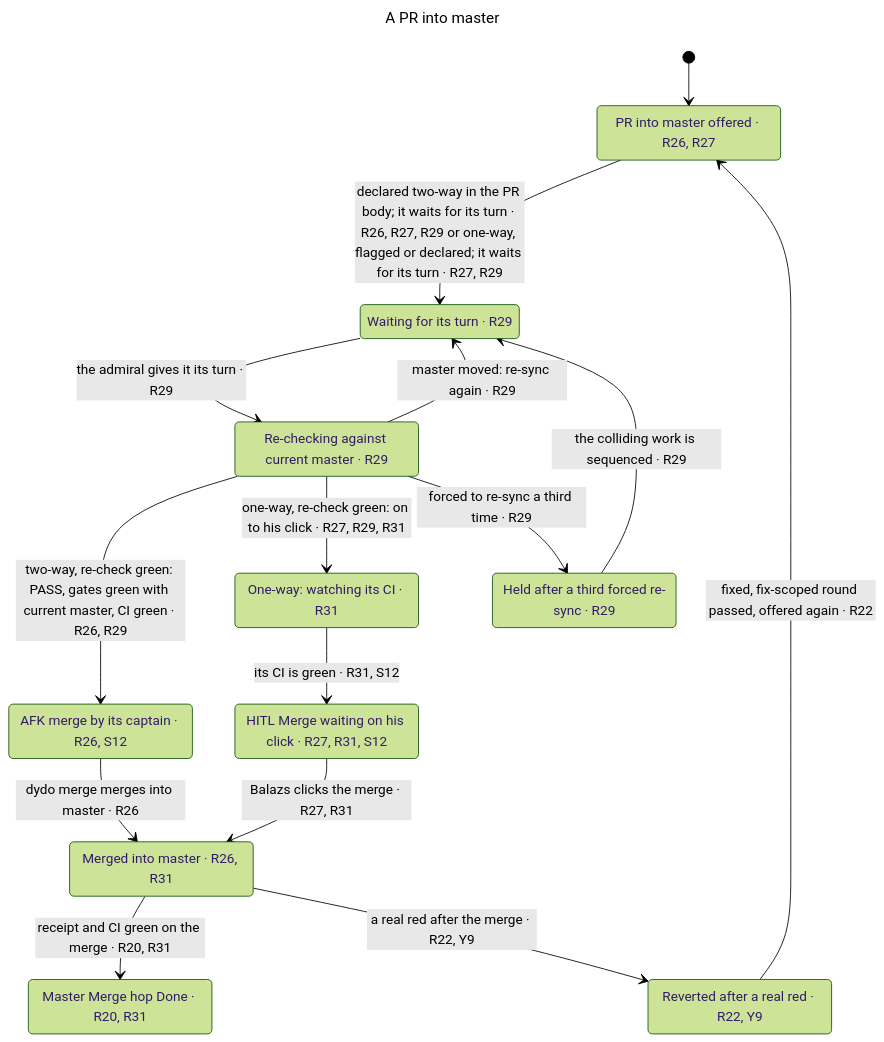
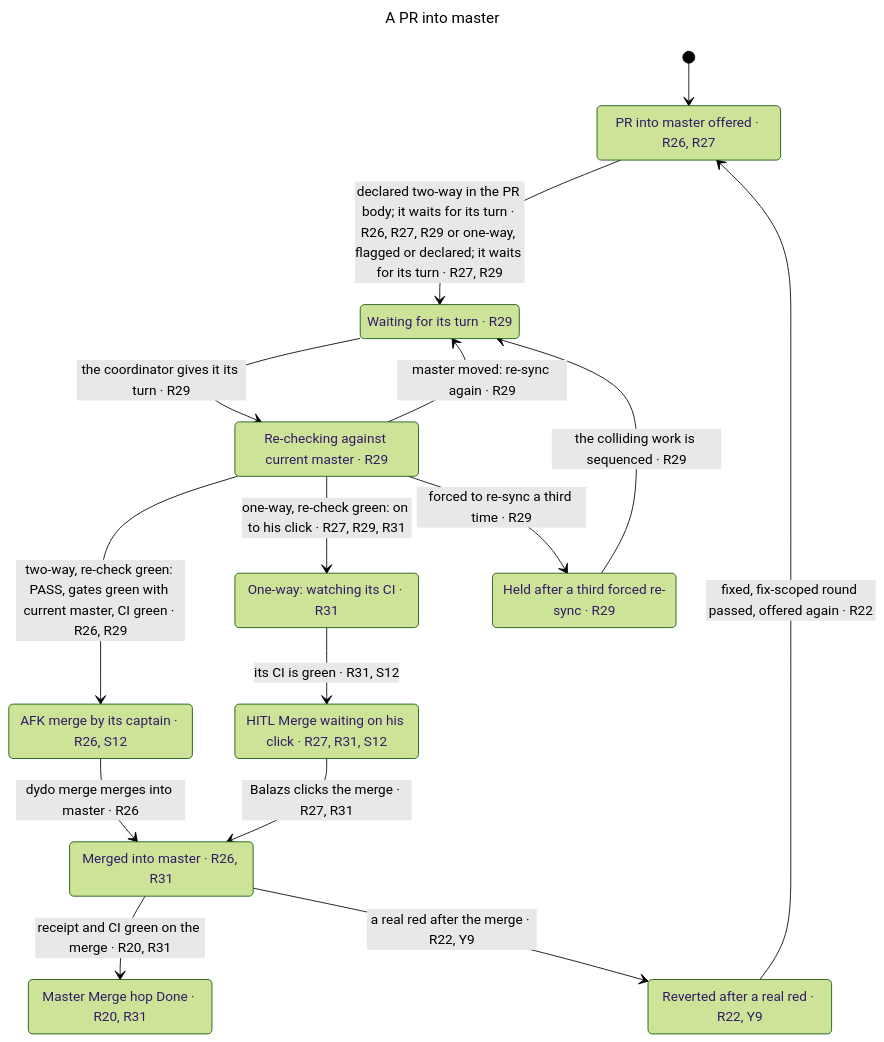
The diagram in claims/statechart/master-route/chart.mmd (BalazsOrg/dydo), drawn with Mermaid (forest theme) before and after one commit. The commit also changed 212 other files, not shown here.

```diff
--- a/claims/statechart/master-route/chart.mmd
+++ b/claims/statechart/master-route/chart.mmd
@@ -1,28 +1,28 @@
 ---
 title: "A PR into master"
 ---
 stateDiagram-v2
   s0: PR into master offered #183; R26, R27
   s1: Waiting for its turn #183; R29
   s2: Re-checking against current master #183; R29
   s3: AFK merge by its captain #183; R26, S12
   s4: One-way: watching its CI #183; R31
   s5: HITL Merge waiting on his click #183; R27, R31, S12
   s6: Merged into master #183; R26, R31
   s7: Master Merge hop Done #183; R20, R31
   s8: Reverted after a real red #183; R22, Y9
   s9: Held after a third forced re-sync #183; R29
   [*] --> s0
   s0 --> s1: declared two-way in the PR body#59; it waits for its turn #183; R26, R27, R29 or one-way, flagged or declared#59; it waits for its turn #183; R27, R29
-  s1 --> s2: the admiral gives it its turn #183; R29
+  s1 --> s2: the coordinator gives it its turn #183; R29
   s2 --> s3: two-way, re-check green: PASS, gates green with current master, CI green #183; R26, R29
   s2 --> s1: master moved: re-sync again #183; R29
   s2 --> s4: one-way, re-check green: on to his click #183; R27, R29, R31
   s3 --> s6: dydo merge merges into master #183; R26
   s4 --> s5: its CI is green #183; R31, S12
   s5 --> s6: Balazs clicks the merge #183; R27, R31
   s6 --> s7: receipt and CI green on the merge #183; R20, R31
   s6 --> s8: a real red after the merge #183; R22, Y9
   s8 --> s0: fixed, fix-scoped round passed, offered again #183; R22
   s2 --> s9: forced to re-sync a third time #183; R29
   s9 --> s1: the colliding work is sequenced #183; R29
```
